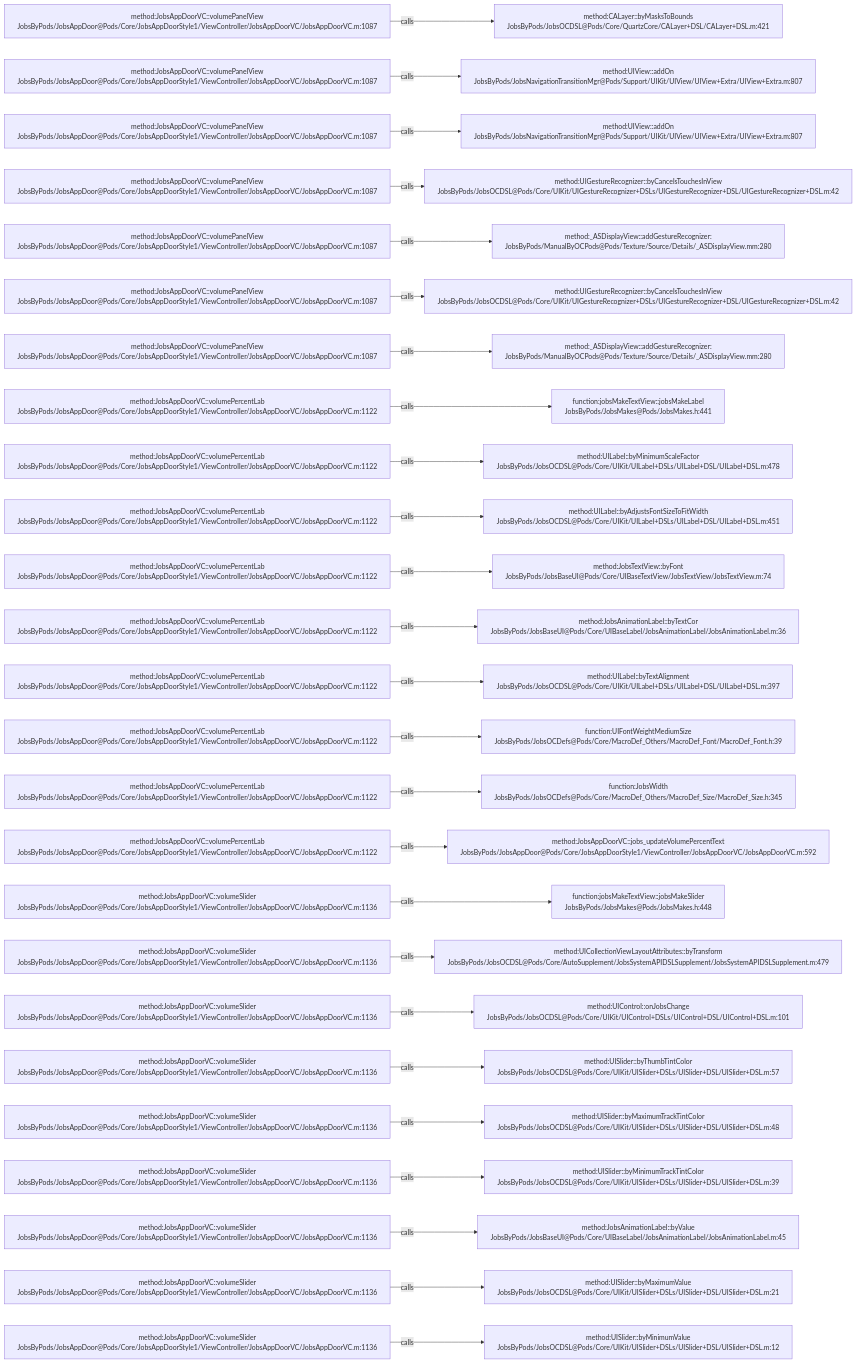
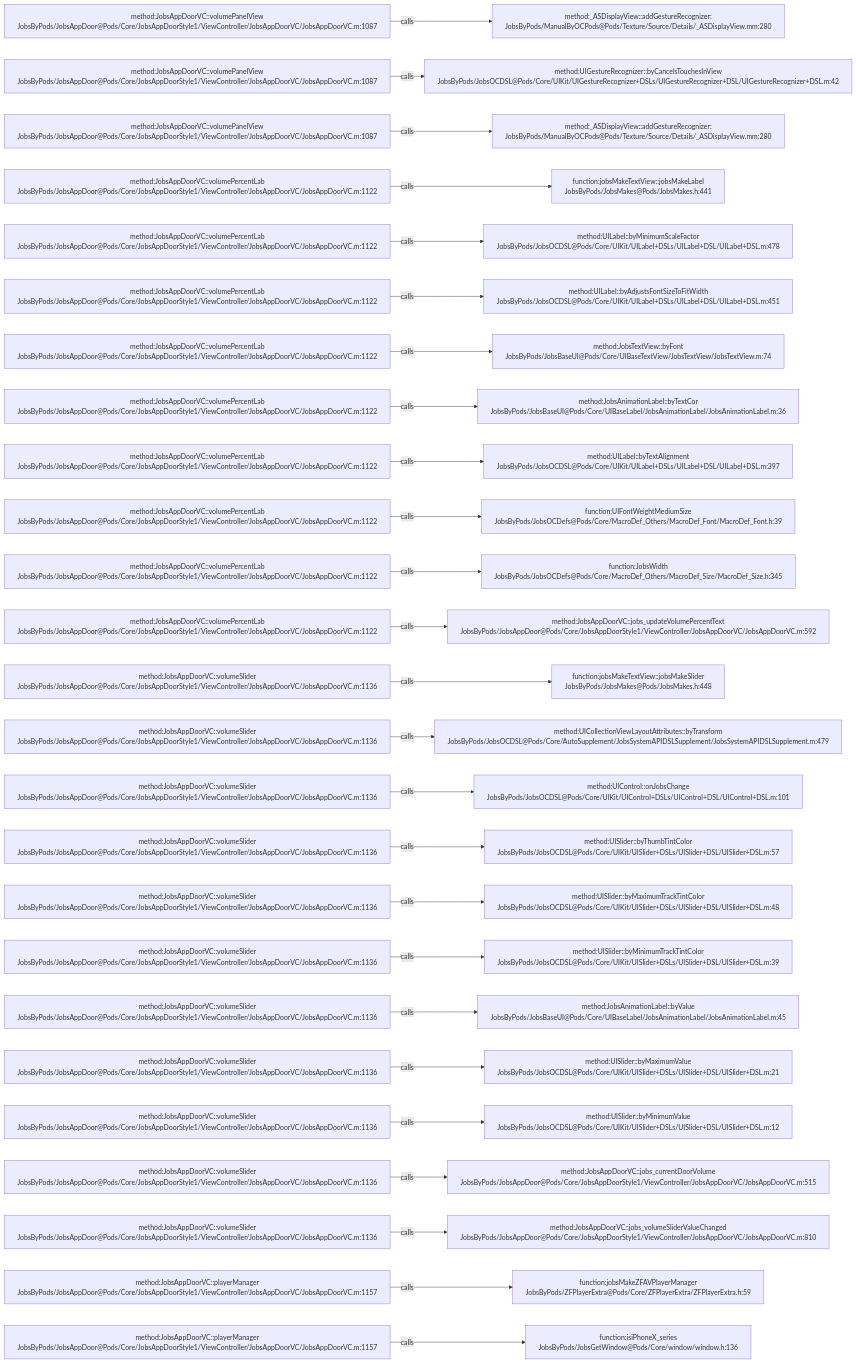
One commit to JobsKits/JobsOCBaseConfigDemo changed the diagram in .codegraph/codegraph.md/graphs/calls-116.md. Above: the diagram before and after it, drawn with Mermaid. The commit also changed 116 other files, not shown here.

````diff
--- a/.codegraph/codegraph.md/graphs/calls-116.md
+++ b/.codegraph/codegraph.md/graphs/calls-116.md
@@ -13,78 +13,78 @@
 ```mermaid
 flowchart LR
   S1["method:JobsAppDoorVC::volumePanelView<br/>JobsByPods/JobsAppDoor@Pods/Core/JobsAppDoorStyle1/ViewController/JobsAppDoorVC/JobsAppDoorVC.m:1087"]
-  T1["method:CALayer::byMasksToBounds<br/>JobsByPods/JobsOCDSL@Pods/Core/QuartzCore/CALayer+DSL/CALayer+DSL.m:421"]
+  T1["method:_ASDisplayView::addGestureRecognizer:<br/>JobsByPods/ManualByOCPods@Pods/Texture/Source/Details/_ASDisplayView.mm:280"]
   S1 -->|calls| T1
   S2["method:JobsAppDoorVC::volumePanelView<br/>JobsByPods/JobsAppDoor@Pods/Core/JobsAppDoorStyle1/ViewController/JobsAppDoorVC/JobsAppDoorVC.m:1087"]
-  T2["method:UIView::addOn<br/>JobsByPods/JobsNavigationTransitionMgr@Pods/Support/UIKit/UIView/UIView+Extra/UIView+Extra.m:807"]
+  T2["method:UIGestureRecognizer::byCancelsTouchesInView<br/>JobsByPods/JobsOCDSL@Pods/Core/UIKit/UIGestureRecognizer+DSLs/UIGestureRecognizer+DSL/UIGestureRecognizer+DSL.m:42"]
   S2 -->|calls| T2
   S3["method:JobsAppDoorVC::volumePanelView<br/>JobsByPods/JobsAppDoor@Pods/Core/JobsAppDoorStyle1/ViewController/JobsAppDoorVC/JobsAppDoorVC.m:1087"]
-  T3["method:UIView::addOn<br/>JobsByPods/JobsNavigationTransitionMgr@Pods/Support/UIKit/UIView/UIView+Extra/UIView+Extra.m:807"]
+  T3["method:_ASDisplayView::addGestureRecognizer:<br/>JobsByPods/ManualByOCPods@Pods/Texture/Source/Details/_ASDisplayView.mm:280"]
   S3 -->|calls| T3
-  S4["method:JobsAppDoorVC::volumePanelView<br/>JobsByPods/JobsAppDoor@Pods/Core/JobsAppDoorStyle1/ViewController/JobsAppDoorVC/JobsAppDoorVC.m:1087"]
-  T4["method:UIGestureRecognizer::byCancelsTouchesInView<br/>JobsByPods/JobsOCDSL@Pods/Core/UIKit/UIGestureRecognizer+DSLs/UIGestureRecognizer+DSL/UIGestureRecognizer+DSL.m:42"]
+  S4["method:JobsAppDoorVC::volumePercentLab<br/>JobsByPods/JobsAppDoor@Pods/Core/JobsAppDoorStyle1/ViewController/JobsAppDoorVC/JobsAppDoorVC.m:1122"]
+  T4["function:jobsMakeTextView::jobsMakeLabel<br/>JobsByPods/JobsMakes@Pods/JobsMakes.h:441"]
   S4 -->|calls| T4
-  S5["method:JobsAppDoorVC::volumePanelView<br/>JobsByPods/JobsAppDoor@Pods/Core/JobsAppDoorStyle1/ViewController/JobsAppDoorVC/JobsAppDoorVC.m:1087"]
-  T5["method:_ASDisplayView::addGestureRecognizer:<br/>JobsByPods/ManualByOCPods@Pods/Texture/Source/Details/_ASDisplayView.mm:280"]
+  S5["method:JobsAppDoorVC::volumePercentLab<br/>JobsByPods/JobsAppDoor@Pods/Core/JobsAppDoorStyle1/ViewController/JobsAppDoorVC/JobsAppDoorVC.m:1122"]
+  T5["method:UILabel::byMinimumScaleFactor<br/>JobsByPods/JobsOCDSL@Pods/Core/UIKit/UILabel+DSLs/UILabel+DSL/UILabel+DSL.m:478"]
   S5 -->|calls| T5
-  S6["method:JobsAppDoorVC::volumePanelView<br/>JobsByPods/JobsAppDoor@Pods/Core/JobsAppDoorStyle1/ViewController/JobsAppDoorVC/JobsAppDoorVC.m:1087"]
-  T6["method:UIGestureRecognizer::byCancelsTouchesInView<br/>JobsByPods/JobsOCDSL@Pods/Core/UIKit/UIGestureRecognizer+DSLs/UIGestureRecognizer+DSL/UIGestureRecognizer+DSL.m:42"]
+  S6["method:JobsAppDoorVC::volumePercentLab<br/>JobsByPods/JobsAppDoor@Pods/Core/JobsAppDoorStyle1/ViewController/JobsAppDoorVC/JobsAppDoorVC.m:1122"]
+  T6["method:UILabel::byAdjustsFontSizeToFitWidth<br/>JobsByPods/JobsOCDSL@Pods/Core/UIKit/UILabel+DSLs/UILabel+DSL/UILabel+DSL.m:451"]
   S6 -->|calls| T6
-  S7["method:JobsAppDoorVC::volumePanelView<br/>JobsByPods/JobsAppDoor@Pods/Core/JobsAppDoorStyle1/ViewController/JobsAppDoorVC/JobsAppDoorVC.m:1087"]
-  T7["method:_ASDisplayView::addGestureRecognizer:<br/>JobsByPods/ManualByOCPods@Pods/Texture/Source/Details/_ASDisplayView.mm:280"]
+  S7["method:JobsAppDoorVC::volumePercentLab<br/>JobsByPods/JobsAppDoor@Pods/Core/JobsAppDoorStyle1/ViewController/JobsAppDoorVC/JobsAppDoorVC.m:1122"]
+  T7["method:JobsTextView::byFont<br/>JobsByPods/JobsBaseUI@Pods/Core/UIBaseTextView/JobsTextView/JobsTextView.m:74"]
   S7 -->|calls| T7
   S8["method:JobsAppDoorVC::volumePercentLab<br/>JobsByPods/JobsAppDoor@Pods/Core/JobsAppDoorStyle1/ViewController/JobsAppDoorVC/JobsAppDoorVC.m:1122"]
-  T8["function:jobsMakeTextView::jobsMakeLabel<br/>JobsByPods/JobsMakes@Pods/JobsMakes.h:441"]
+  T8["method:JobsAnimationLabel::byTextCor<br/>JobsByPods/JobsBaseUI@Pods/Core/UIBaseLabel/JobsAnimationLabel/JobsAnimationLabel.m:36"]
   S8 -->|calls| T8
   S9["method:JobsAppDoorVC::volumePercentLab<br/>JobsByPods/JobsAppDoor@Pods/Core/JobsAppDoorStyle1/ViewController/JobsAppDoorVC/JobsAppDoorVC.m:1122"]
-  T9["method:UILabel::byMinimumScaleFactor<br/>JobsByPods/JobsOCDSL@Pods/Core/UIKit/UILabel+DSLs/UILabel+DSL/UILabel+DSL.m:478"]
+  T9["method:UILabel::byTextAlignment<br/>JobsByPods/JobsOCDSL@Pods/Core/UIKit/UILabel+DSLs/UILabel+DSL/UILabel+DSL.m:397"]
   S9 -->|calls| T9
   S10["method:JobsAppDoorVC::volumePercentLab<br/>JobsByPods/JobsAppDoor@Pods/Core/JobsAppDoorStyle1/ViewController/JobsAppDoorVC/JobsAppDoorVC.m:1122"]
-  T10["method:UILabel::byAdjustsFontSizeToFitWidth<br/>JobsByPods/JobsOCDSL@Pods/Core/UIKit/UILabel+DSLs/UILabel+DSL/UILabel+DSL.m:451"]
+  T10["function:UIFontWeightMediumSize<br/>JobsByPods/JobsOCDefs@Pods/Core/MacroDef_Others/MacroDef_Font/MacroDef_Font.h:39"]
   S10 -->|calls| T10
   S11["method:JobsAppDoorVC::volumePercentLab<br/>JobsByPods/JobsAppDoor@Pods/Core/JobsAppDoorStyle1/ViewController/JobsAppDoorVC/JobsAppDoorVC.m:1122"]
-  T11["method:JobsTextView::byFont<br/>JobsByPods/JobsBaseUI@Pods/Core/UIBaseTextView/JobsTextView/JobsTextView.m:74"]
+  T11["function:JobsWidth<br/>JobsByPods/JobsOCDefs@Pods/Core/MacroDef_Others/MacroDef_Size/MacroDef_Size.h:345"]
   S11 -->|calls| T11
   S12["method:JobsAppDoorVC::volumePercentLab<br/>JobsByPods/JobsAppDoor@Pods/Core/JobsAppDoorStyle1/ViewController/JobsAppDoorVC/JobsAppDoorVC.m:1122"]
-  T12["method:JobsAnimationLabel::byTextCor<br/>JobsByPods/JobsBaseUI@Pods/Core/UIBaseLabel/JobsAnimationLabel/JobsAnimationLabel.m:36"]
+  T12["method:JobsAppDoorVC::jobs_updateVolumePercentText<br/>JobsByPods/JobsAppDoor@Pods/Core/JobsAppDoorStyle1/ViewController/JobsAppDoorVC/JobsAppDoorVC.m:592"]
   S12 -->|calls| T12
-  S13["method:JobsAppDoorVC::volumePercentLab<br/>JobsByPods/JobsAppDoor@Pods/Core/JobsAppDoorStyle1/ViewController/JobsAppDoorVC/JobsAppDoorVC.m:1122"]
-  T13["method:UILabel::byTextAlignment<br/>JobsByPods/JobsOCDSL@Pods/Core/UIKit/UILabel+DSLs/UILabel+DSL/UILabel+DSL.m:397"]
+  S13["method:JobsAppDoorVC::volumeSlider<br/>JobsByPods/JobsAppDoor@Pods/Core/JobsAppDoorStyle1/ViewController/JobsAppDoorVC/JobsAppDoorVC.m:1136"]
+  T13["function:jobsMakeTextView::jobsMakeSlider<br/>JobsByPods/JobsMakes@Pods/JobsMakes.h:448"]
   S13 -->|calls| T13
-  S14["method:JobsAppDoorVC::volumePercentLab<br/>JobsByPods/JobsAppDoor@Pods/Core/JobsAppDoorStyle1/ViewController/JobsAppDoorVC/JobsAppDoorVC.m:1122"]
-  T14["function:UIFontWeightMediumSize<br/>JobsByPods/JobsOCDefs@Pods/Core/MacroDef_Others/MacroDef_Font/MacroDef_Font.h:39"]
+  S14["method:JobsAppDoorVC::volumeSlider<br/>JobsByPods/JobsAppDoor@Pods/Core/JobsAppDoorStyle1/ViewController/JobsAppDoorVC/JobsAppDoorVC.m:1136"]
+  T14["method:UICollectionViewLayoutAttributes::byTransform<br/>JobsByPods/JobsOCDSL@Pods/Core/AutoSupplement/JobsSystemAPIDSLSupplement/JobsSystemAPIDSLSupplement.m:479"]
   S14 -->|calls| T14
-  S15["method:JobsAppDoorVC::volumePercentLab<br/>JobsByPods/JobsAppDoor@Pods/Core/JobsAppDoorStyle1/ViewController/JobsAppDoorVC/JobsAppDoorVC.m:1122"]
-  T15["function:JobsWidth<br/>JobsByPods/JobsOCDefs@Pods/Core/MacroDef_Others/MacroDef_Size/MacroDef_Size.h:345"]
+  S15["method:JobsAppDoorVC::volumeSlider<br/>JobsByPods/JobsAppDoor@Pods/Core/JobsAppDoorStyle1/ViewController/JobsAppDoorVC/JobsAppDoorVC.m:1136"]
+  T15["method:UIControl::onJobsChange<br/>JobsByPods/JobsOCDSL@Pods/Core/UIKit/UIControl+DSLs/UIControl+DSL/UIControl+DSL.m:101"]
   S15 -->|calls| T15
-  S16["method:JobsAppDoorVC::volumePercentLab<br/>JobsByPods/JobsAppDoor@Pods/Core/JobsAppDoorStyle1/ViewController/JobsAppDoorVC/JobsAppDoorVC.m:1122"]
-  T16["method:JobsAppDoorVC::jobs_updateVolumePercentText<br/>JobsByPods/JobsAppDoor@Pods/Core/JobsAppDoorStyle1/ViewController/JobsAppDoorVC/JobsAppDoorVC.m:592"]
+  S16["method:JobsAppDoorVC::volumeSlider<br/>JobsByPods/JobsAppDoor@Pods/Core/JobsAppDoorStyle1/ViewController/JobsAppDoorVC/JobsAppDoorVC.m:1136"]
+  T16["method:UISlider::byThumbTintColor<br/>JobsByPods/JobsOCDSL@Pods/Core/UIKit/UISlider+DSLs/UISlider+DSL/UISlider+DSL.m:57"]
   S16 -->|calls| T16
   S17["method:JobsAppDoorVC::volumeSlider<br/>JobsByPods/JobsAppDoor@Pods/Core/JobsAppDoorStyle1/ViewController/JobsAppDoorVC/JobsAppDoorVC.m:1136"]
-  T17["function:jobsMakeTextView::jobsMakeSlider<br/>JobsByPods/JobsMakes@Pods/JobsMakes.h:448"]
+  T17["method:UISlider::byMaximumTrackTintColor<br/>JobsByPods/JobsOCDSL@Pods/Core/UIKit/UISlider+DSLs/UISlider+DSL/UISlider+DSL.m:48"]
   S17 -->|calls| T17
   S18["method:JobsAppDoorVC::volumeSlider<br/>JobsByPods/JobsAppDoor@Pods/Core/JobsAppDoorStyle1/ViewController/JobsAppDoorVC/JobsAppDoorVC.m:1136"]
-  T18["method:UICollectionViewLayoutAttributes::byTransform<br/>JobsByPods/JobsOCDSL@Pods/Core/AutoSupplement/JobsSystemAPIDSLSupplement/JobsSystemAPIDSLSupplement.m:479"]
+  T18["method:UISlider::byMinimumTrackTintColor<br/>JobsByPods/JobsOCDSL@Pods/Core/UIKit/UISlider+DSLs/UISlider+DSL/UISlider+DSL.m:39"]
   S18 -->|calls| T18
   S19["method:JobsAppDoorVC::volumeSlider<br/>JobsByPods/JobsAppDoor@Pods/Core/JobsAppDoorStyle1/ViewController/JobsAppDoorVC/JobsAppDoorVC.m:1136"]
-  T19["method:UIControl::onJobsChange<br/>JobsByPods/JobsOCDSL@Pods/Core/UIKit/UIControl+DSLs/UIControl+DSL/UIControl+DSL.m:101"]
+  T19["method:JobsAnimationLabel::byValue<br/>JobsByPods/JobsBaseUI@Pods/Core/UIBaseLabel/JobsAnimationLabel/JobsAnimationLabel.m:45"]
   S19 -->|calls| T19
   S20["method:JobsAppDoorVC::volumeSlider<br/>JobsByPods/JobsAppDoor@Pods/Core/JobsAppDoorStyle1/ViewController/JobsAppDoorVC/JobsAppDoorVC.m:1136"]
-  T20["method:UISlider::byThumbTintColor<br/>JobsByPods/JobsOCDSL@Pods/Core/UIKit/UISlider+DSLs/UISlider+DSL/UISlider+DSL.m:57"]
+  T20["method:UISlider::byMaximumValue<br/>JobsByPods/JobsOCDSL@Pods/Core/UIKit/UISlider+DSLs/UISlider+DSL/UISlider+DSL.m:21"]
   S20 -->|calls| T20
   S21["method:JobsAppDoorVC::volumeSlider<br/>JobsByPods/JobsAppDoor@Pods/Core/JobsAppDoorStyle1/ViewController/JobsAppDoorVC/JobsAppDoorVC.m:1136"]
-  T21["method:UISlider::byMaximumTrackTintColor<br/>JobsByPods/JobsOCDSL@Pods/Core/UIKit/UISlider+DSLs/UISlider+DSL/UISlider+DSL.m:48"]
+  T21["method:UISlider::byMinimumValue<br/>JobsByPods/JobsOCDSL@Pods/Core/UIKit/UISlider+DSLs/UISlider+DSL/UISlider+DSL.m:12"]
   S21 -->|calls| T21
   S22["method:JobsAppDoorVC::volumeSlider<br/>JobsByPods/JobsAppDoor@Pods/Core/JobsAppDoorStyle1/ViewController/JobsAppDoorVC/JobsAppDoorVC.m:1136"]
-  T22["method:UISlider::byMinimumTrackTintColor<br/>JobsByPods/JobsOCDSL@Pods/Core/UIKit/UISlider+DSLs/UISlider+DSL/UISlider+DSL.m:39"]
+  T22["method:JobsAppDoorVC::jobs_currentDoorVolume<br/>JobsByPods/JobsAppDoor@Pods/Core/JobsAppDoorStyle1/ViewController/JobsAppDoorVC/JobsAppDoorVC.m:515"]
   S22 -->|calls| T22
   S23["method:JobsAppDoorVC::volumeSlider<br/>JobsByPods/JobsAppDoor@Pods/Core/JobsAppDoorStyle1/ViewController/JobsAppDoorVC/JobsAppDoorVC.m:1136"]
-  T23["method:JobsAnimationLabel::byValue<br/>JobsByPods/JobsBaseUI@Pods/Core/UIBaseLabel/JobsAnimationLabel/JobsAnimationLabel.m:45"]
+  T23["method:JobsAppDoorVC::jobs_volumeSliderValueChanged<br/>JobsByPods/JobsAppDoor@Pods/Core/JobsAppDoorStyle1/ViewController/JobsAppDoorVC/JobsAppDoorVC.m:810"]
   S23 -->|calls| T23
-  S24["method:JobsAppDoorVC::volumeSlider<br/>JobsByPods/JobsAppDoor@Pods/Core/JobsAppDoorStyle1/ViewController/JobsAppDoorVC/JobsAppDoorVC.m:1136"]
-  T24["method:UISlider::byMaximumValue<br/>JobsByPods/JobsOCDSL@Pods/Core/UIKit/UISlider+DSLs/UISlider+DSL/UISlider+DSL.m:21"]
+  S24["method:JobsAppDoorVC::playerManager<br/>JobsByPods/JobsAppDoor@Pods/Core/JobsAppDoorStyle1/ViewController/JobsAppDoorVC/JobsAppDoorVC.m:1157"]
+  T24["function:jobsMakeZFAVPlayerManager<br/>JobsByPods/ZFPlayerExtra@Pods/Core/ZFPlayerExtra/ZFPlayerExtra.h:59"]
   S24 -->|calls| T24
-  S25["method:JobsAppDoorVC::volumeSlider<br/>JobsByPods/JobsAppDoor@Pods/Core/JobsAppDoorStyle1/ViewController/JobsAppDoorVC/JobsAppDoorVC.m:1136"]
-  T25["method:UISlider::byMinimumValue<br/>JobsByPods/JobsOCDSL@Pods/Core/UIKit/UISlider+DSLs/UISlider+DSL/UISlider+DSL.m:12"]
+  S25["method:JobsAppDoorVC::playerManager<br/>JobsByPods/JobsAppDoor@Pods/Core/JobsAppDoorStyle1/ViewController/JobsAppDoorVC/JobsAppDoorVC.m:1157"]
+  T25["function:isiPhoneX_series<br/>JobsByPods/JobsGetWindow@Pods/Core/window/window.h:136"]
   S25 -->|calls| T25
 ```
````
